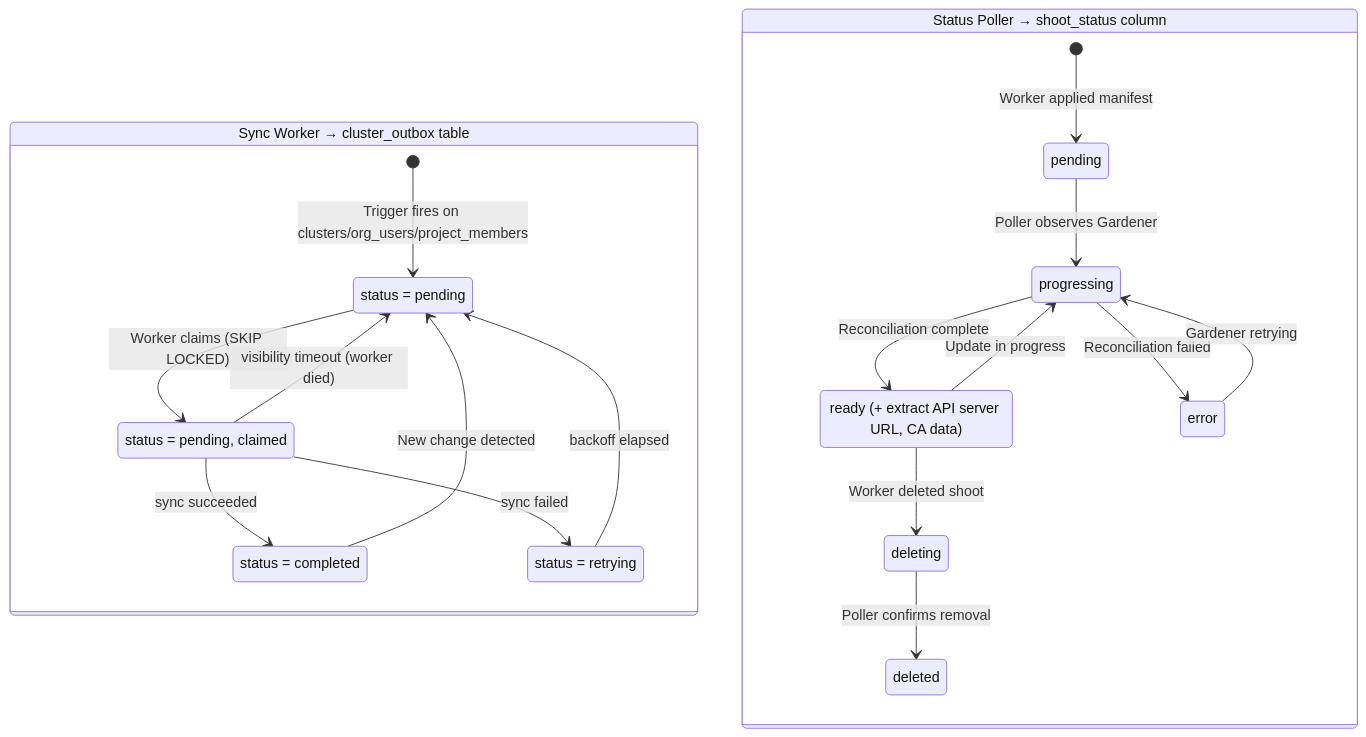
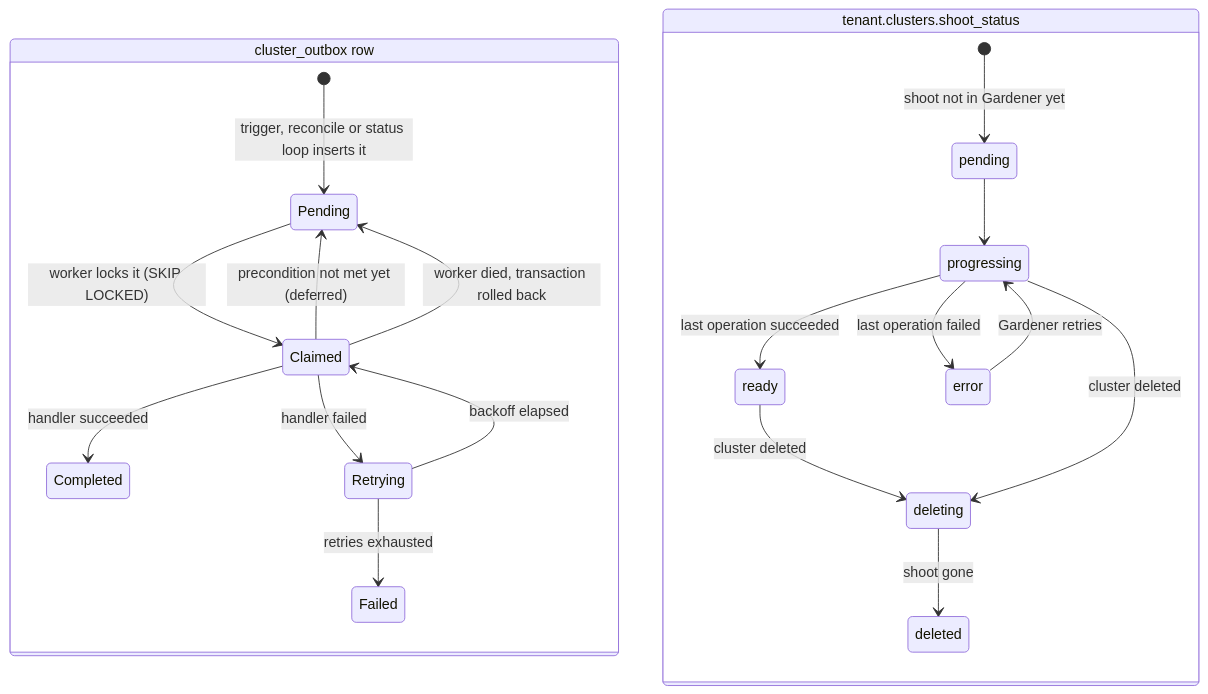
The second of 2 diagrams in cluster-worker/README.md (fundament-oss/fundament), drawn with Mermaid before and after one commit. The commit also changed other lines of this file and 9 other files, not shown here.

````diff
--- a/cluster-worker/README.md
+++ b/cluster-worker/README.md
@@ -133,38 +78,26 @@
 ```mermaid
 stateDiagram-v2
     direction TB
 
-    state "Sync Worker → cluster_outbox table" as db {
-        [*] --> Pending: Trigger fires on clusters/org_users/project_members
-        Completed --> Pending: New change detected
-
-        Pending --> InProgress: Worker claims (SKIP LOCKED)
-        InProgress --> Completed: sync succeeded
-        InProgress --> Retrying: sync failed
-        Retrying --> Pending: backoff elapsed
-        InProgress --> Pending: visibility timeout (worker died)
-
-        Pending: status = pending
-        InProgress: status = pending, claimed
-        Retrying: status = retrying
-        Completed: status = completed
+    state "cluster_outbox row" as outbox {
+        [*] --> Pending: trigger, reconcile or status loop inserts it
+        Pending --> Claimed: worker locks it (SKIP LOCKED)
+        Claimed --> Completed: handler succeeded
+        Claimed --> Retrying: handler failed
+        Claimed --> Pending: precondition not met yet (deferred)
+        Claimed --> Pending: worker died, transaction rolled back
+        Retrying --> Claimed: backoff elapsed
+        Retrying --> Failed: retries exhausted
     }
 
-    state "Status Poller → shoot_status column" as poller {
-        [*] --> Pending2: Worker applied manifest
-        Pending2 --> Progressing: Poller observes Gardener
-        Progressing --> Ready: Reconciliation complete
-        Progressing --> Error: Reconciliation failed
-        Error --> Progressing: Gardener retrying
-        Ready --> Progressing: Update in progress
-        Ready --> Deleting: Worker deleted shoot
-        Deleting --> Deleted: Poller confirms removal
-
-        Pending2: pending
-        Progressing: progressing
-        Ready: ready (+ extract API server URL, CA data)
-        Error: error
-        Deleting: deleting
-        Deleted: deleted
+    state "tenant.clusters.shoot_status" as status {
+        [*] --> pending: shoot not in Gardener yet
+        pending --> progressing
+        progressing --> ready: last operation succeeded
+        progressing --> error: last operation failed
+        error --> progressing: Gardener retries
+        ready --> deleting: cluster deleted
+        progressing --> deleting: cluster deleted
+        deleting --> deleted: shoot gone
     }
 ```
````
